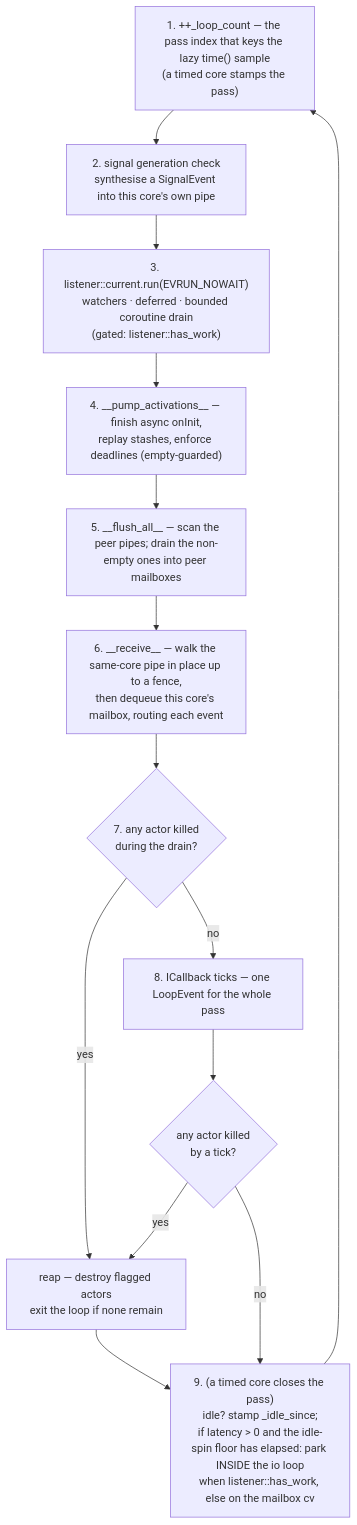
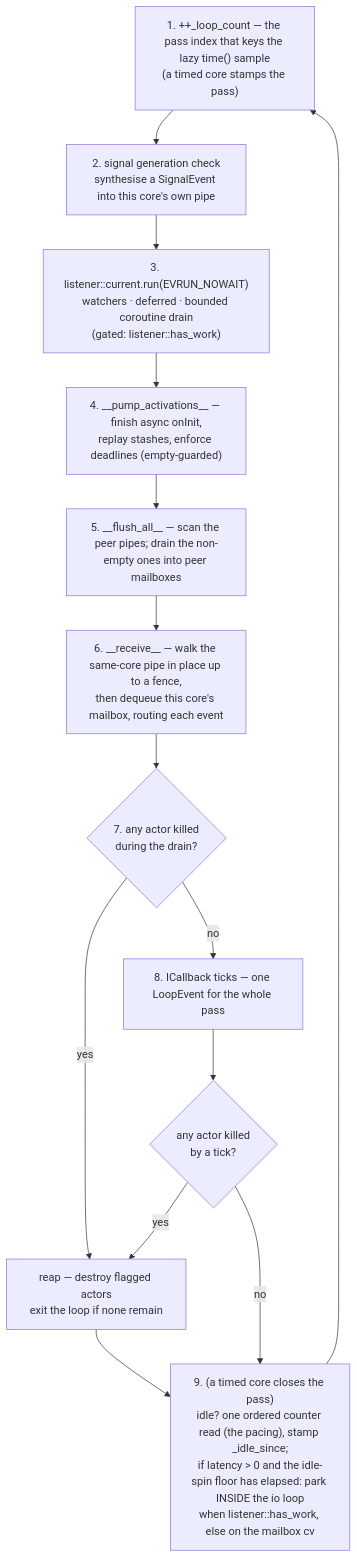
Before and after one commit to isndev/qb: the second of 3 diagrams in readme/4_qb_core/engine.md, drawn with Mermaid. The commit also changed other lines of this file and 46 other files, not shown here.

````diff
--- a/readme/4_qb_core/engine.md
+++ b/readme/4_qb_core/engine.md
@@ -208,16 +212,16 @@
 ```mermaid
 flowchart TD
     T["1. ++_loop_count — the pass index that keys the lazy time() sample<br/>(a timed core stamps the pass)"] --> S
     S["2. signal generation check<br/>synthesise a SignalEvent into this core's own pipe"] --> IO
     IO["3. listener::current.run(EVRUN_NOWAIT)<br/>watchers · deferred · bounded coroutine drain<br/>(gated: listener::has_work)"] --> ACT
     ACT["4. __pump_activations__ — finish async onInit,<br/>replay stashes, enforce deadlines (empty-guarded)"] --> FL
     FL["5. __flush_all__ — scan the peer pipes; drain the non-empty ones into peer mailboxes"] --> RC
     RC["6. __receive__ — walk the same-core pipe in place up to a fence,<br/>then dequeue this core's mailbox, routing each event"] --> K1
     K1{"7. any actor killed<br/>during the drain?"} -->|yes| REAP
     K1 -->|no| CB
     CB["8. ICallback ticks — one LoopEvent for the whole pass"] --> K2
     K2{"any actor killed<br/>by a tick?"} -->|yes| REAP
     K2 -->|no| IDLE
     REAP["reap — destroy flagged actors<br/>exit the loop if none remain"] --> IDLE
-    IDLE["9. (a timed core closes the pass)<br/>idle? stamp _idle_since;<br/>if latency &gt; 0 and the idle-spin floor has elapsed: park INSIDE the io loop<br/>when listener::has_work, else on the mailbox cv"] --> T
+    IDLE["9. (a timed core closes the pass)<br/>idle? one ordered counter read (the pacing), stamp _idle_since;<br/>if latency &gt; 0 and the idle-spin floor has elapsed: park INSIDE the io loop<br/>when listener::has_work, else on the mailbox cv"] --> T
 ```
````
